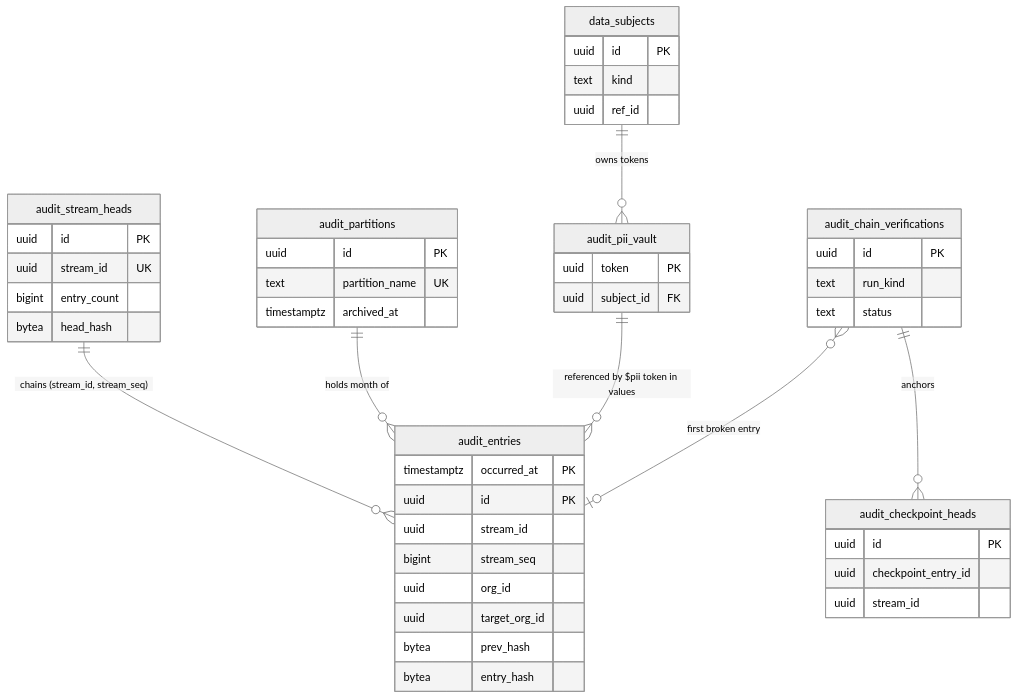
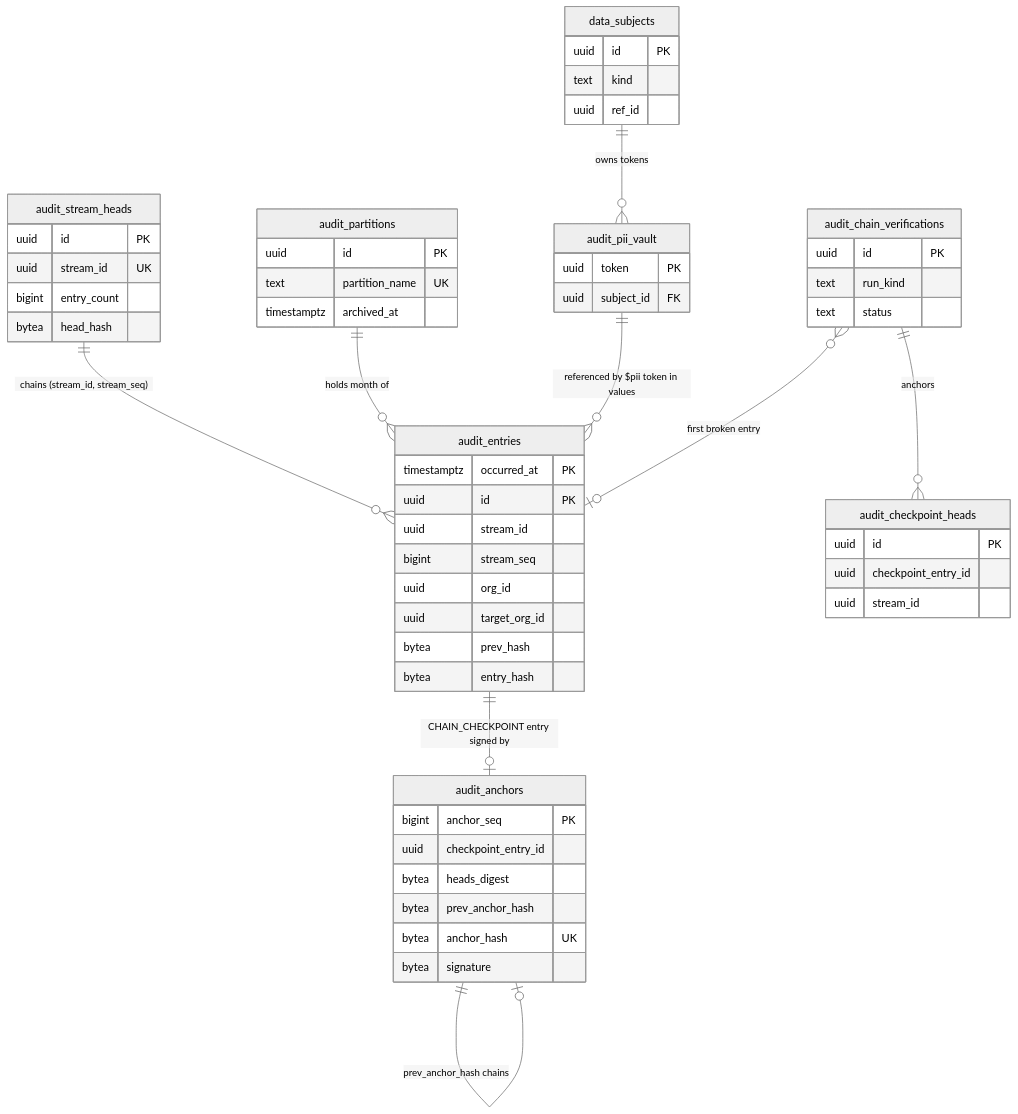
One commit to sukhchdit/shipcube changed the fourth of 11 diagrams in docs/03-architecture/data-model.md. Above: the diagram before and after it, drawn with Mermaid (neutral theme). The commit also changed other lines of this file and 44 other files, not shown here.

First line of the commit message:
docs(architecture): remediate P3 security findings SEC-P3-01..04 and Mediums

````diff
--- a/docs/03-architecture/data-model.md
+++ b/docs/03-architecture/data-model.md
@@ -352,49 +372,59 @@
 ```mermaid
 erDiagram
   audit_stream_heads ||--o{ audit_entries : "chains (stream_id, stream_seq)"
   audit_partitions ||--o{ audit_entries : "holds month of"
   data_subjects ||--o{ audit_pii_vault : "owns tokens"
   audit_pii_vault ||--o{ audit_entries : "referenced by $pii token in values"
   audit_chain_verifications }o--o| audit_entries : "first broken entry"
   audit_chain_verifications ||--o{ audit_checkpoint_heads : "anchors"
+  audit_entries ||--o| audit_anchors : "CHAIN_CHECKPOINT entry signed by"
+  audit_anchors ||--o| audit_anchors : "prev_anchor_hash chains"
   audit_entries {
     timestamptz occurred_at PK
     uuid id PK
     uuid stream_id
     bigint stream_seq
     uuid org_id
     uuid target_org_id
     bytea prev_hash
     bytea entry_hash
   }
   audit_stream_heads {
     uuid id PK
     uuid stream_id UK
     bigint entry_count
     bytea head_hash
   }
   audit_partitions {
     uuid id PK
     text partition_name UK
     timestamptz archived_at
   }
   audit_pii_vault {
     uuid token PK
     uuid subject_id FK
   }
   data_subjects {
     uuid id PK
     text kind
     uuid ref_id
   }
   audit_chain_verifications {
     uuid id PK
     text run_kind
     text status
   }
   audit_checkpoint_heads {
     uuid id PK
     uuid checkpoint_entry_id
     uuid stream_id
   }
+  audit_anchors {
+    bigint anchor_seq PK
+    uuid checkpoint_entry_id
+    bytea heads_digest
+    bytea prev_anchor_hash
+    bytea anchor_hash UK
+    bytea signature
+  }
 ```
````
